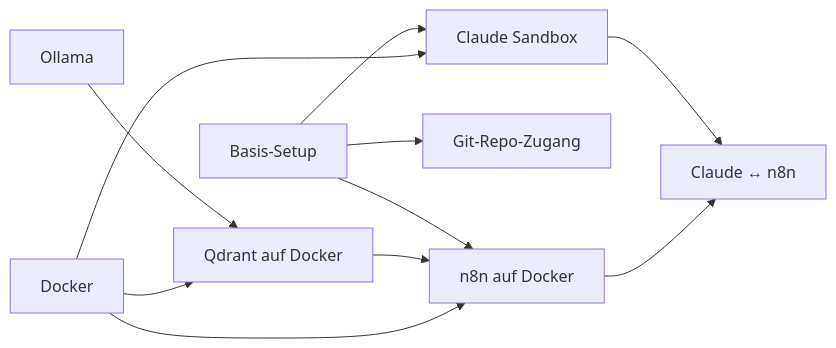
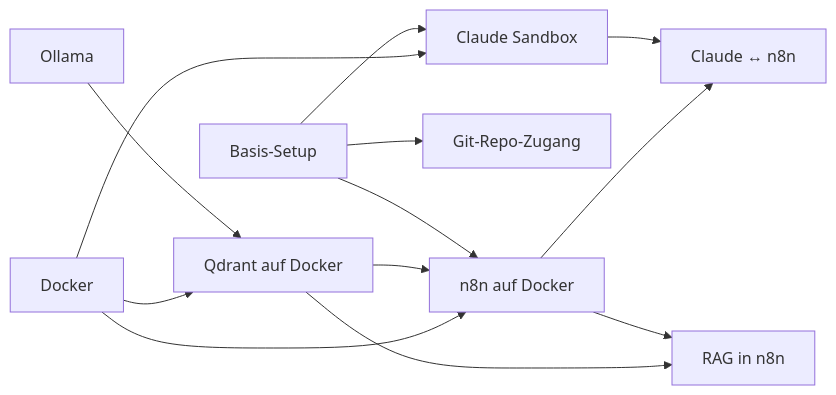
The diagram in README.de.md (intersections-ch/manuals), drawn with Mermaid before and after one commit. The commit also changed other lines of this file and 18 other files, not shown here.

````diff
--- a/README.de.md
+++ b/README.de.md
@@ -27,13 +30,15 @@
 ```mermaid
 graph LR
   setup[Basis-Setup] --> sbx[Claude Sandbox]
   setup --> git[Git-Repo-Zugang]
   setup --> n8n[n8n auf Docker]
   sbx --> mcp[Claude ↔ n8n]
   n8n --> mcp
   qdrant[Qdrant auf Docker] --> n8n
+  n8n --> rag[RAG in n8n]
+  qdrant --> rag
   ollama[Ollama] --> qdrant
   docker[Docker] --> sbx
   docker --> qdrant
   docker --> n8n
 ```
````
